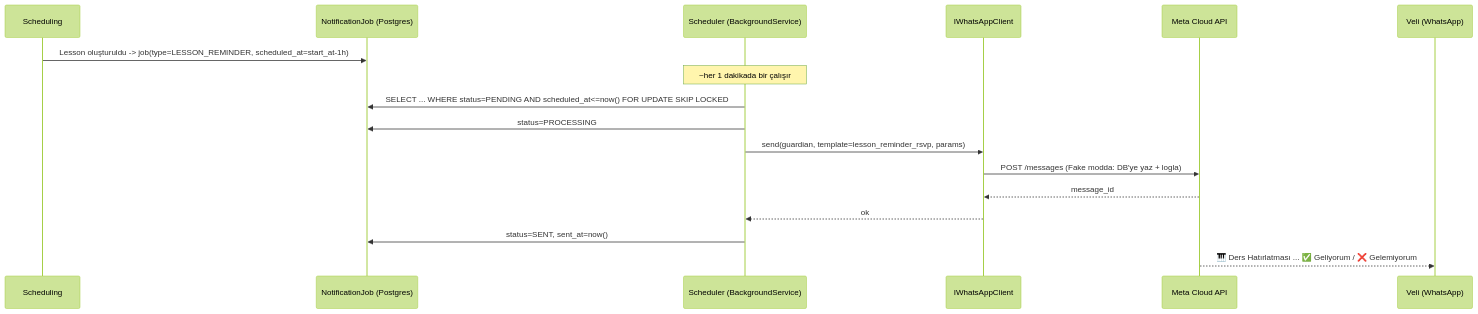
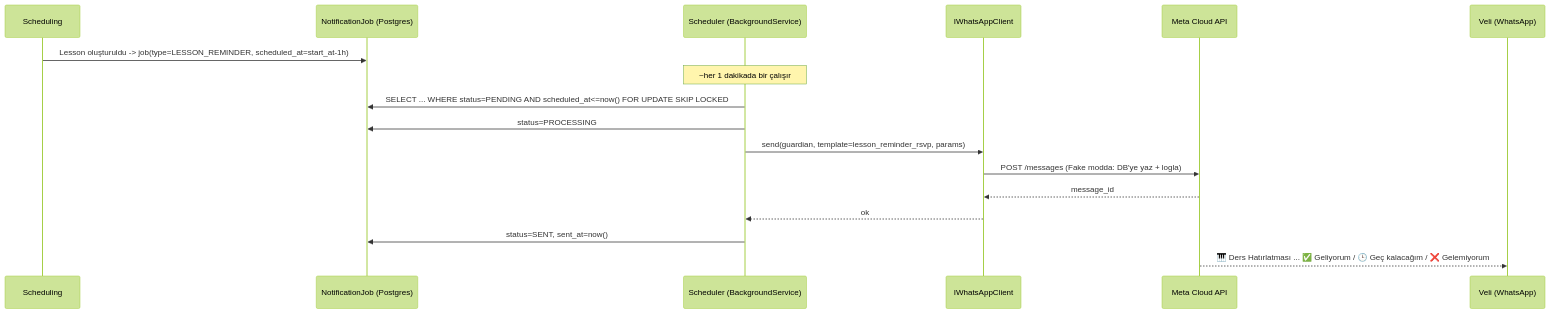
The first of 2 diagrams in docs/06-whatsapp.md (mennansevim/abdera), drawn with Mermaid (forest theme) before and after one commit. The commit also changed other lines of this file and 36 other files, not shown here.

````diff
--- a/docs/06-whatsapp.md
+++ b/docs/06-whatsapp.md
@@ -7,20 +7,20 @@
 ```mermaid
 sequenceDiagram
     participant Sch as Scheduling
     participant Job as NotificationJob (Postgres)
     participant Worker as Scheduler (BackgroundService)
     participant WA as IWhatsAppClient
     participant Meta as Meta Cloud API
     participant G as Veli (WhatsApp)
 
     Sch->>Job: Lesson oluşturuldu -> job(type=LESSON_REMINDER, scheduled_at=start_at-1h)
     Note over Worker: ~her 1 dakikada bir çalışır
     Worker->>Job: SELECT ... WHERE status=PENDING AND scheduled_at<=now() FOR UPDATE SKIP LOCKED
     Worker->>Job: status=PROCESSING
     Worker->>WA: send(guardian, template=lesson_reminder_rsvp, params)
     WA->>Meta: POST /messages (Fake modda: DB'ye yaz + logla)
     Meta-->>WA: message_id
     WA-->>Worker: ok
     Worker->>Job: status=SENT, sent_at=now()
-    Meta-->>G: 🎹 Ders Hatırlatması ... ✅ Geliyorum / ❌ Gelemiyorum
+    Meta-->>G: 🎹 Ders Hatırlatması ... ✅ Geliyorum / 🕒 Geç kalacağım / ❌ Gelemiyorum
 ```
````
